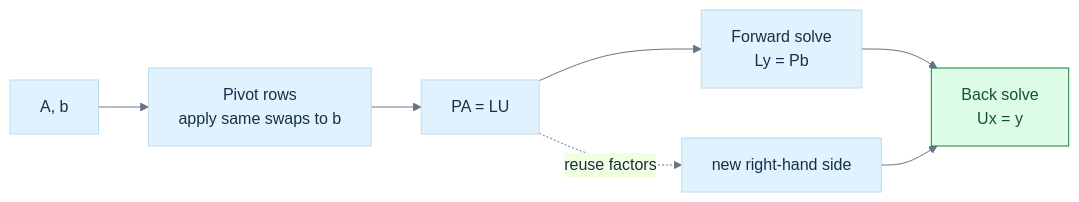
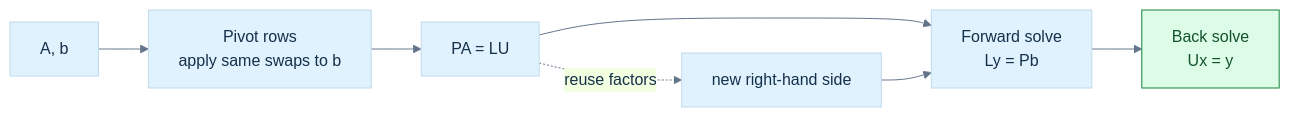
One commit to swayam8624/Project_008_AllMight changed the third of 10 diagrams in Continuous Notes/08 - From Constraints to Spectra - Systems, Decompositions and Matrix Functions.md. Above: the diagram before and after it, drawn with Mermaid. The commit also changed other lines of this file and 6 other files, not shown here.

````diff
--- a/Continuous Notes/08 - From Constraints to Spectra - Systems, Decompositions and Matrix Functions.md
+++ b/Continuous Notes/08 - From Constraints to Spectra - Systems, Decompositions and Matrix Functions.md
@@ -146,12 +146,12 @@
 ```mermaid
 %%{init: {'theme':'base','themeVariables':{'primaryColor':'#e0f2fe','primaryTextColor':'#15304a','lineColor':'#64748b','fontFamily':'sans-serif'}}}%%
 flowchart LR
   A["A, b"] --> P["Pivot rows<br/>apply same swaps to b"]
   P --> LU["PA = LU"]
   LU --> Y["Forward solve<br/>Ly = Pb"]
   Y --> X["Back solve<br/>Ux = y"]
   LU -. "reuse factors" .-> Y2["new right-hand side"]
-  Y2 --> X
+  Y2 --> Y
   classDef result fill:#dcfce7,stroke:#15803d,color:#14532d;
   class X result;
 ```
````
